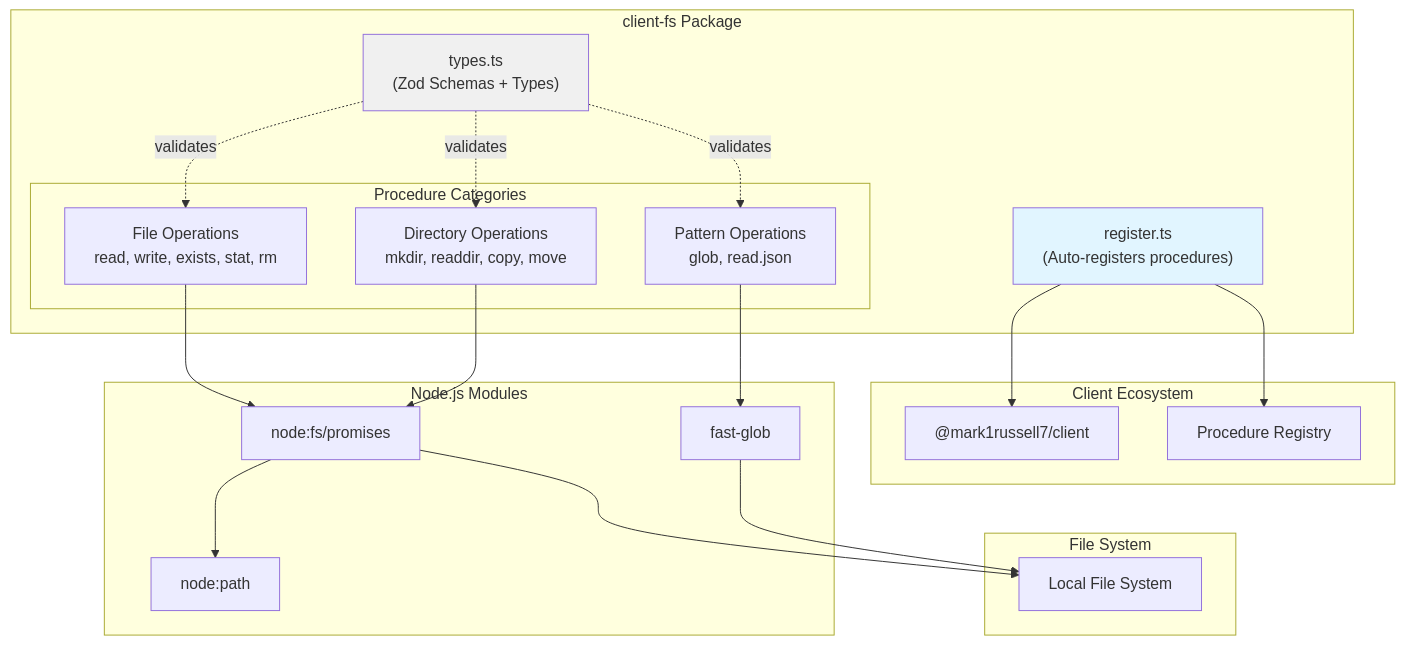
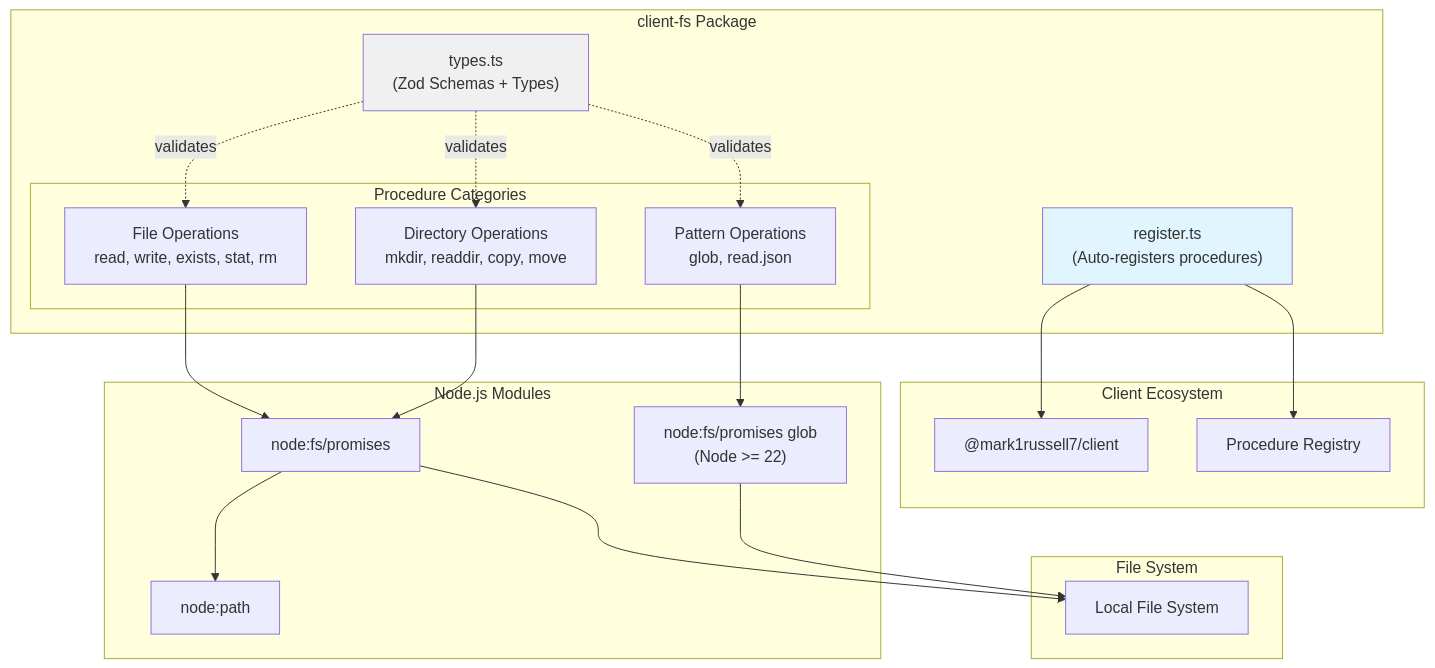
Before and after one commit to mark1russell7/client: the first of 2 diagrams in packages/client-fs/README.md, drawn with Mermaid. The commit also changed other lines of this file and 1 other file, not shown here.

First line of the commit message:
fix(client-fs): declare engines node>=22 and correct glob docs (M20)

````diff
--- a/packages/client-fs/README.md
+++ b/packages/client-fs/README.md
@@ -23,46 +23,46 @@
 ```mermaid
 graph TB
     subgraph "Client Ecosystem"
         Client["@mark1russell7/client"]
         Registry["Procedure Registry"]
     end
 
     subgraph "client-fs Package"
         Register["register.ts<br/>(Auto-registers procedures)"]
         Types["types.ts<br/>(Zod Schemas + Types)"]
 
         subgraph "Procedure Categories"
             FileOps["File Operations<br/>read, write, exists, stat, rm"]
             DirOps["Directory Operations<br/>mkdir, readdir, copy, move"]
             PatternOps["Pattern Operations<br/>glob, read.json"]
         end
     end
 
     subgraph "Node.js Modules"
         NodeFs["node:fs/promises"]
         NodePath["node:path"]
-        FastGlob["fast-glob"]
+        NodeGlob["node:fs/promises glob<br/>(Node >= 22)"]
     end
 
     subgraph "File System"
         FS["Local File System"]
     end
 
     Register --> Client
     Register --> Registry
 
     FileOps --> NodeFs
     DirOps --> NodeFs
-    PatternOps --> FastGlob
+    PatternOps --> NodeGlob
 
     NodeFs --> NodePath
     NodeFs --> FS
-    FastGlob --> FS
+    NodeGlob --> FS
 
     Types -.validates.-> FileOps
     Types -.validates.-> DirOps
     Types -.validates.-> PatternOps
 
     style Register fill:#e1f5ff
     style Types fill:#f0f0f0
 ```
````
